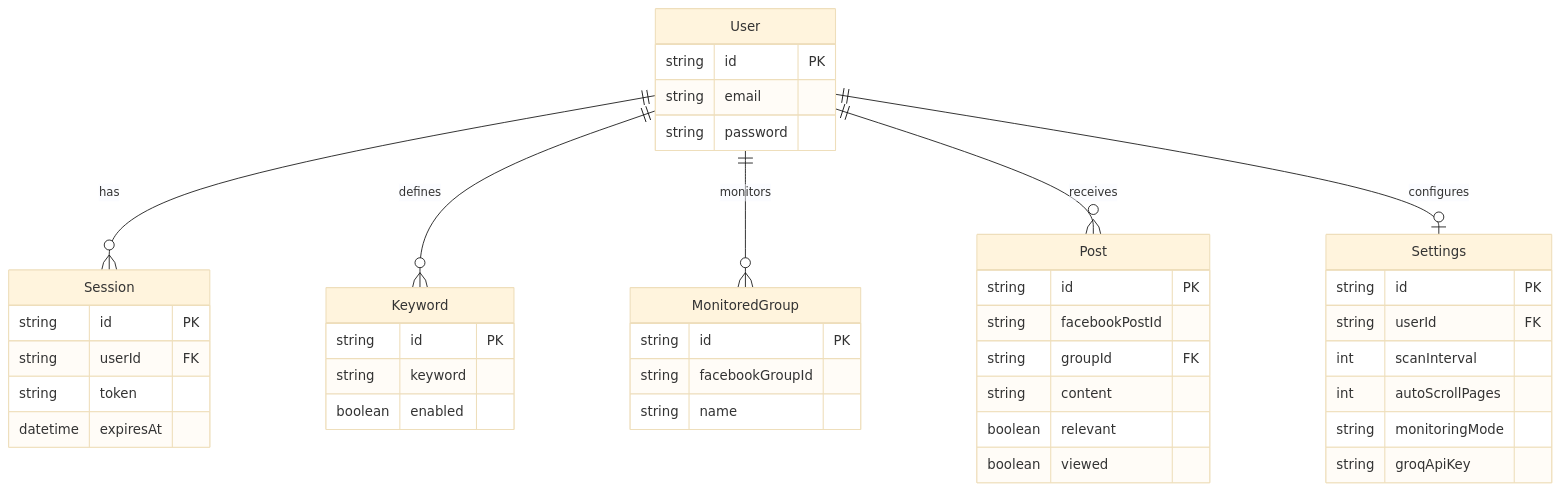
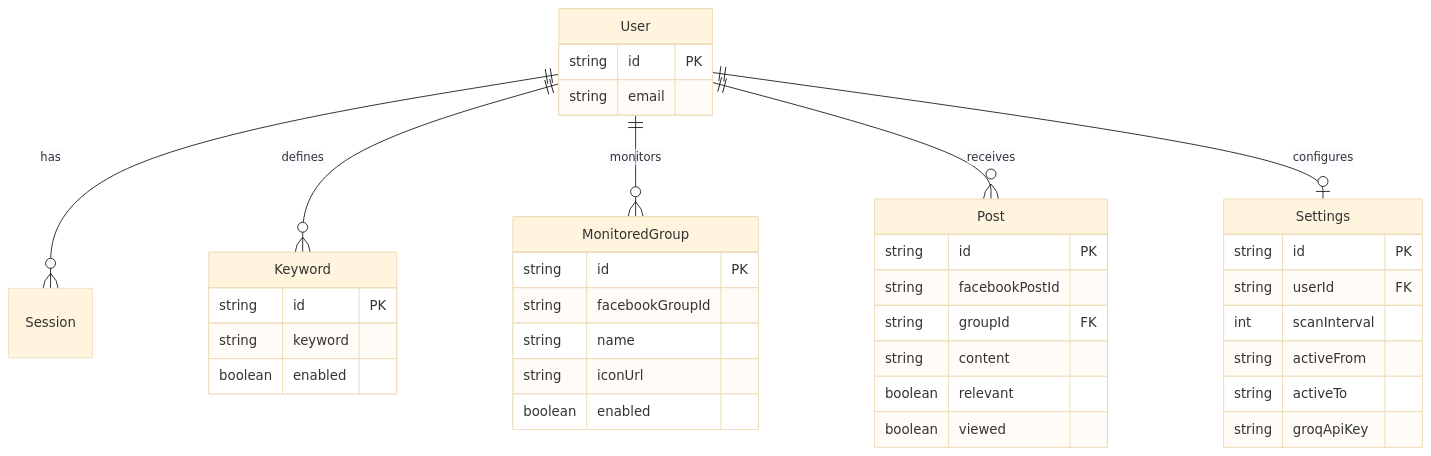
One commit to Abubakkar-Khan/GroupScout changed the second of 2 diagrams in README.md. Above: the diagram before and after it, drawn with Mermaid (base theme). The commit also changed other lines of this file and 32 other files, not shown here.

````diff
--- a/README.md
+++ b/README.md
@@ -90,51 +67,45 @@
 ```mermaid
 erDiagram
     User ||--o{ Session : has
     User ||--o{ Keyword : defines
     User ||--o{ MonitoredGroup : monitors
     User ||--o{ Post : receives
     User ||--o| Settings : configures
 
     User {
         string id PK
         string email
-        string password
-    }
-
-    Session {
-        string id PK
-        string userId FK
-        string token
-        datetime expiresAt
     }
 
     Settings {
         string id PK
         string userId FK
         int scanInterval
-        int autoScrollPages
-        string monitoringMode
+        string activeFrom
+        string activeTo
         string groqApiKey
     }
 
     Keyword {
         string id PK
         string keyword
         boolean enabled
     }
 
     MonitoredGroup {
         string id PK
         string facebookGroupId
         string name
+        string iconUrl
+        boolean enabled
     }
 
     Post {
         string id PK
         string facebookPostId
         string groupId FK
         string content
         boolean relevant
         boolean viewed
     }
 ```
````
